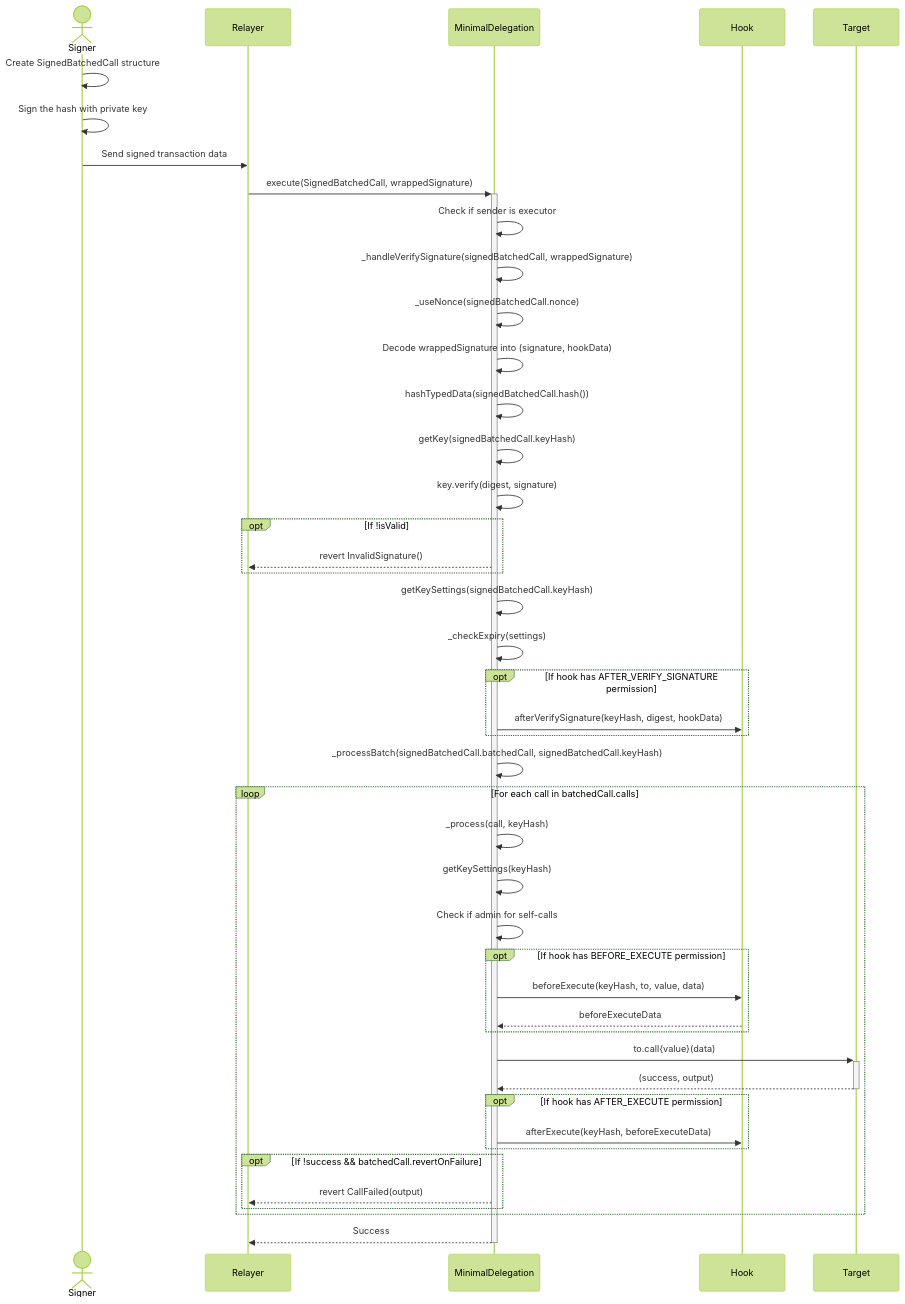
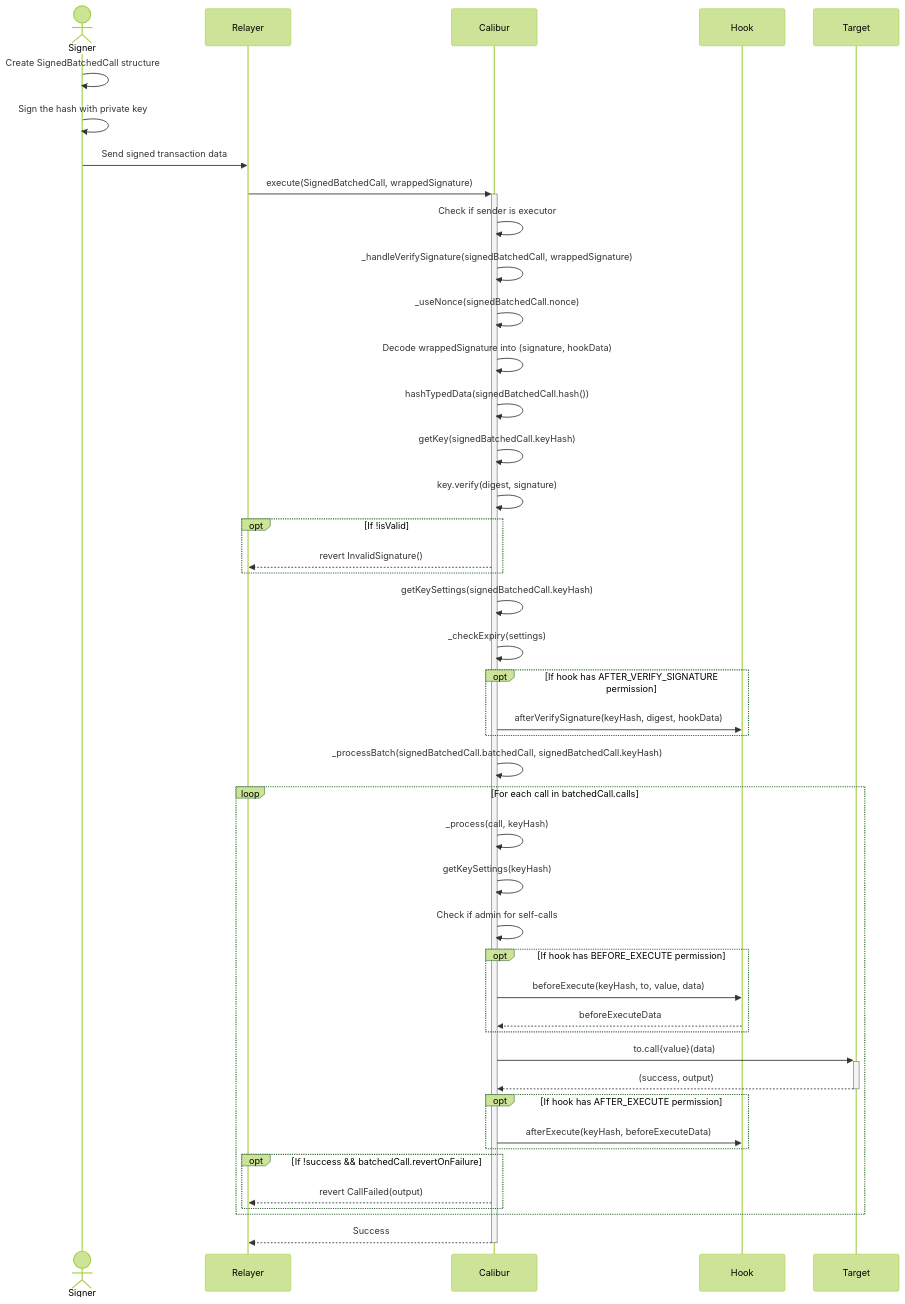
The third of 7 diagrams in README.md (Uniswap/minimal-delegation), drawn with Mermaid (forest theme) before and after one commit. The commit also changed other lines of this file and 7 other files, not shown here.

````diff
--- a/README.md
+++ b/README.md
@@ -98,57 +98,57 @@
 ```mermaid
 sequenceDiagram
     actor Signer
     participant Relayer
-    participant Account as MinimalDelegation
+    participant Account as Calibur
     participant Hook
     participant Target
     
     Signer->>Signer: Create SignedBatchedCall structure
     Signer->>Signer: Sign the hash with private key
     Signer->>Relayer: Send signed transaction data
     Relayer->>+Account: execute(SignedBatchedCall, wrappedSignature)
     Account->>Account: Check if sender is executor
     Account->>Account: _handleVerifySignature(signedBatchedCall, wrappedSignature)
     Account->>Account: _useNonce(signedBatchedCall.nonce)
     Account->>Account: Decode wrappedSignature into (signature, hookData)
     Account->>Account: hashTypedData(signedBatchedCall.hash())
     Account->>Account: getKey(signedBatchedCall.keyHash)
     Account->>Account: key.verify(digest, signature)
     
     opt If !isValid
         Account-->>Relayer: revert InvalidSignature()
     end
     
     Account->>Account: getKeySettings(signedBatchedCall.keyHash)
     Account->>Account: _checkExpiry(settings)
     
     opt If hook has AFTER_VERIFY_SIGNATURE permission
         Account->>Hook: afterVerifySignature(keyHash, digest, hookData)
     end
     
     Account->>Account: _processBatch(signedBatchedCall.batchedCall, signedBatchedCall.keyHash)
     
     loop For each call in batchedCall.calls
         Account->>Account: _process(call, keyHash)
         Account->>Account: getKeySettings(keyHash)
         Account->>Account: Check if admin for self-calls
         
         opt If hook has BEFORE_EXECUTE permission
             Account->>Hook: beforeExecute(keyHash, to, value, data)
             Hook-->>Account: beforeExecuteData
         end
         
         Account->>+Target: to.call{value}(data)
         Target-->>-Account: (success, output)
         
         opt If hook has AFTER_EXECUTE permission
             Account->>Hook: afterExecute(keyHash, beforeExecuteData)
         end
         
         opt If !success && batchedCall.revertOnFailure
             Account-->>Relayer: revert CallFailed(output)
         end
     end
     
     Account-->>-Relayer: Success
 ```
````
